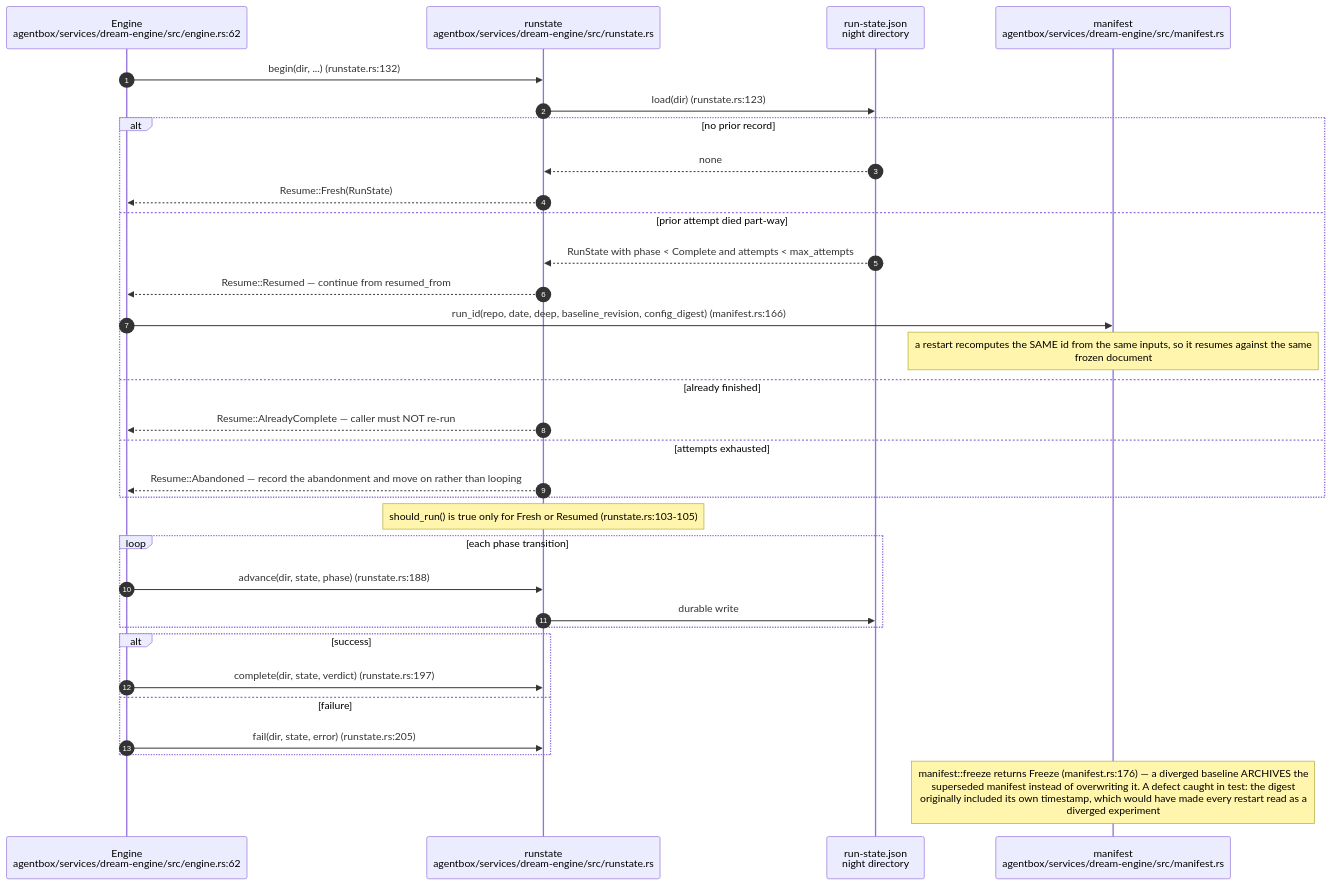
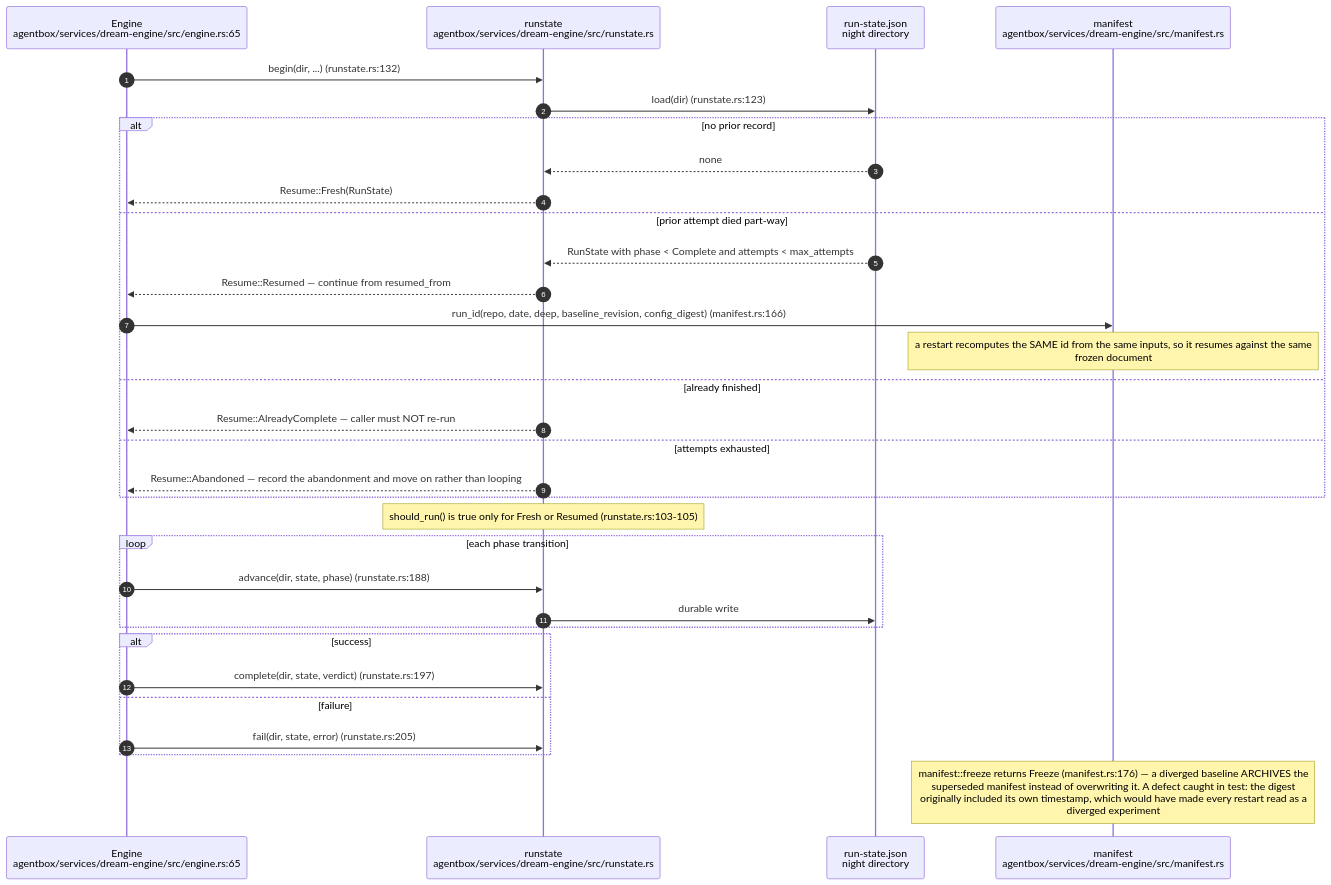
Before and after one commit to DreamLab-AI/VisionFlow: the seventh of 18 diagrams in docs/diagrams/agentbox/23-dream-engine.md, drawn with Mermaid. The commit also changed other lines of this file and 94 other files, not shown here.

First line of the commit message:
docs(diagrams): re-verify 130 topics against 2 October HEADs

````diff
--- a/docs/diagrams/agentbox/23-dream-engine.md
+++ b/docs/diagrams/agentbox/23-dream-engine.md
@@ -373,35 +388,35 @@
 ```mermaid
 sequenceDiagram
     autonumber
-    participant ENG as Engine<br/>agentbox/services/dream-engine/src/engine.rs:62
+    participant ENG as Engine<br/>agentbox/services/dream-engine/src/engine.rs:65
     participant RS as runstate<br/>agentbox/services/dream-engine/src/runstate.rs
     participant F as run-state.json<br/>night directory
     participant MAN as manifest<br/>agentbox/services/dream-engine/src/manifest.rs
 
     ENG->>RS: begin(dir, ...) (runstate.rs:132)
     RS->>F: load(dir) (runstate.rs:123)
     alt no prior record
         F-->>RS: none
         RS-->>ENG: Resume::Fresh(RunState)
     else prior attempt died part-way
         F-->>RS: RunState with phase < Complete and attempts < max_attempts
         RS-->>ENG: Resume::Resumed — continue from resumed_from
         ENG->>MAN: run_id(repo, date, deep, baseline_revision, config_digest) (manifest.rs:166)
         Note over MAN: a restart recomputes the SAME id from the same inputs, so it resumes against the same<br/>frozen document
     else already finished
         RS-->>ENG: Resume::AlreadyComplete — caller must NOT re-run
     else attempts exhausted
         RS-->>ENG: Resume::Abandoned — record the abandonment and move on rather than looping
     end
     Note over RS: should_run() is true only for Fresh or Resumed (runstate.rs:103-105)
     loop each phase transition
         ENG->>RS: advance(dir, state, phase) (runstate.rs:188)
         RS->>F: durable write
     end
     alt success
         ENG->>RS: complete(dir, state, verdict) (runstate.rs:197)
     else failure
         ENG->>RS: fail(dir, state, error) (runstate.rs:205)
     end
     Note over MAN: manifest::freeze returns Freeze (manifest.rs:176) — a diverged baseline ARCHIVES the<br/>superseded manifest instead of overwriting it. A defect caught in test: the digest<br/>originally included its own timestamp, which would have made every restart read as a<br/>diverged experiment
 ```
````
